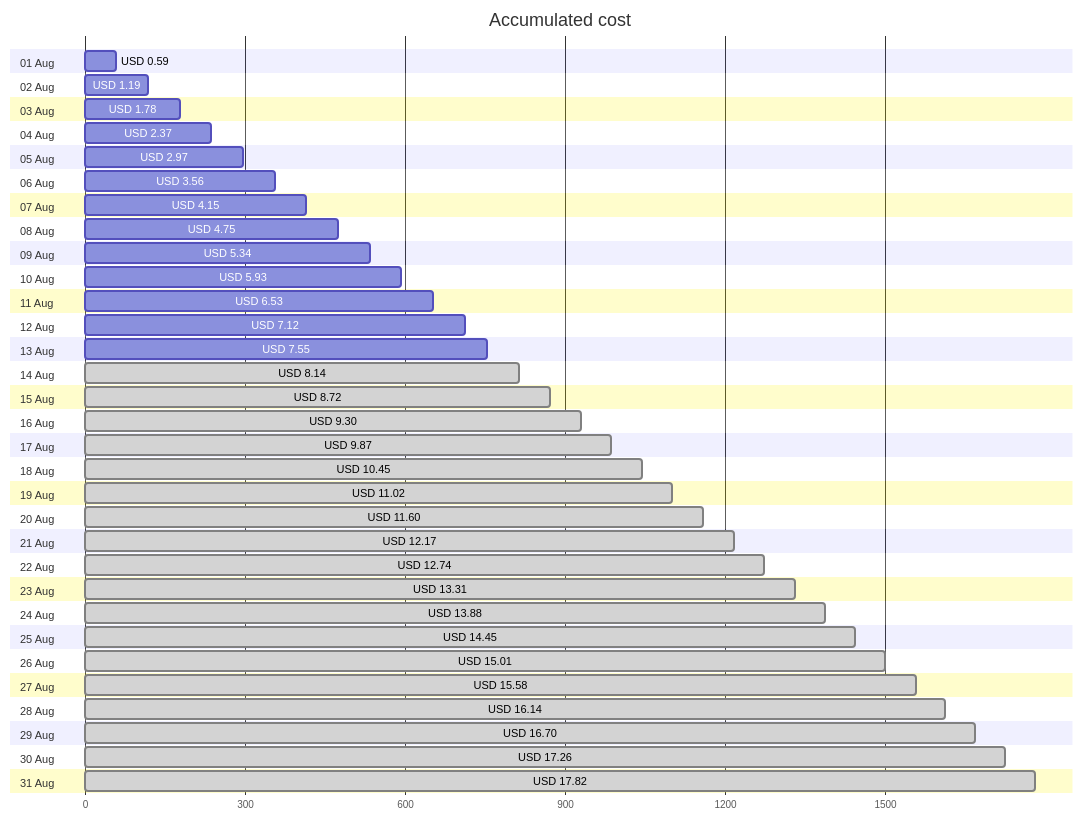
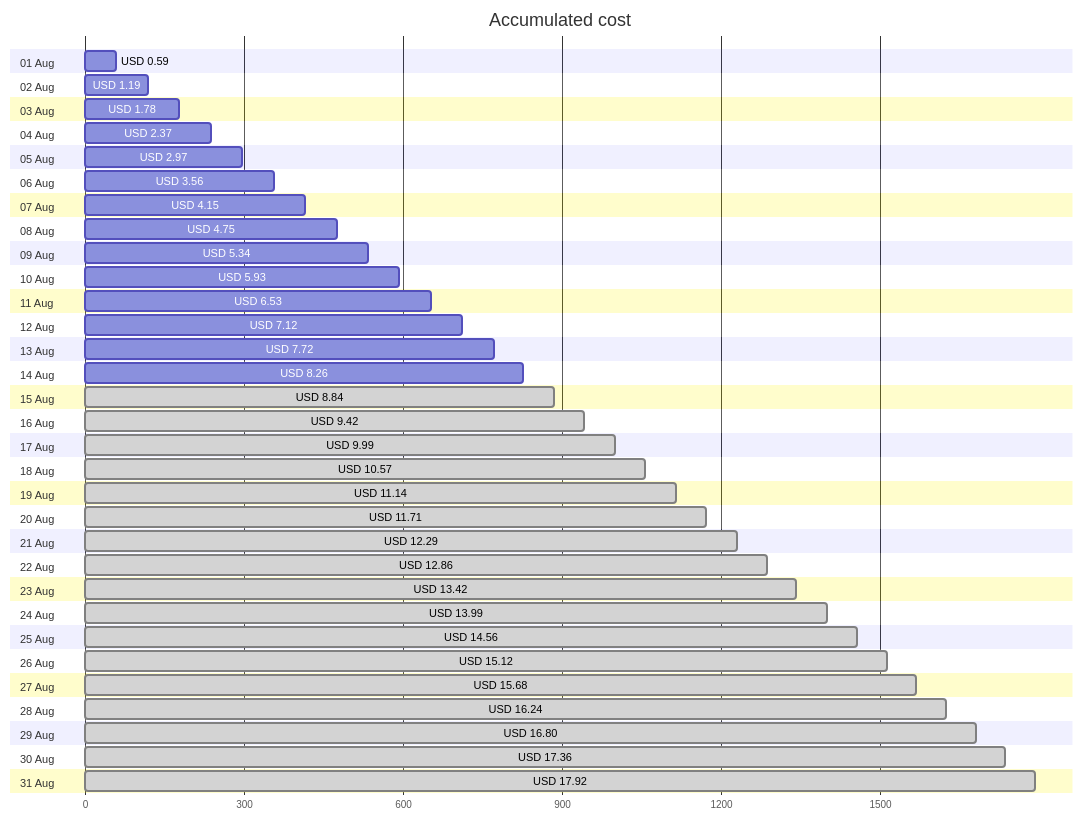
The first of 4 diagrams in cost-reports/personal-site/README.md (jpfulton/azure-personal-reports), drawn with Mermaid before and after one commit. The commit also changed other lines of this file and 6 other files, not shown here.

````diff
--- a/cost-reports/personal-site/README.md
+++ b/cost-reports/personal-site/README.md
@@ -20,68 +20,68 @@
 ```mermaid
 gantt
    title Accumulated cost
    dateFormat  X
    axisFormat %s
    section 01 Aug
    USD 0.59 :0, 59
    section 02 Aug
    USD 1.19 :0, 119
    section 03 Aug
    USD 1.78 :0, 178
    section 04 Aug
    USD 2.37 :0, 237
    section 05 Aug
    USD 2.97 :0, 297
    section 06 Aug
    USD 3.56 :0, 356
    section 07 Aug
    USD 4.15 :0, 415
    section 08 Aug
    USD 4.75 :0, 475
    section 09 Aug
    USD 5.34 :0, 534
    section 10 Aug
    USD 5.93 :0, 593
    section 11 Aug
    USD 6.53 :0, 653
    section 12 Aug
    USD 7.12 :0, 712
    section 13 Aug
-   USD 7.55 :0, 755
+   USD 7.72 :0, 772
    section 14 Aug
-   USD 8.14 : done, 0, 814
+   USD 8.26 :0, 826
    section 15 Aug
-   USD 8.72 : done, 0, 872
+   USD 8.84 : done, 0, 884
    section 16 Aug
-   USD 9.30 : done, 0, 930
+   USD 9.42 : done, 0, 942
    section 17 Aug
-   USD 9.87 : done, 0, 987
+   USD 9.99 : done, 0, 999
    section 18 Aug
-   USD 10.45 : done, 0, 1045
+   USD 10.57 : done, 0, 1057
    section 19 Aug
-   USD 11.02 : done, 0, 1102
+   USD 11.14 : done, 0, 1114
    section 20 Aug
-   USD 11.60 : done, 0, 1160
+   USD 11.71 : done, 0, 1171
    section 21 Aug
-   USD 12.17 : done, 0, 1217
+   USD 12.29 : done, 0, 1229
    section 22 Aug
-   USD 12.74 : done, 0, 1274
+   USD 12.86 : done, 0, 1286
    section 23 Aug
-   USD 13.31 : done, 0, 1331
+   USD 13.42 : done, 0, 1342
    section 24 Aug
-   USD 13.88 : done, 0, 1388
+   USD 13.99 : done, 0, 1399
    section 25 Aug
-   USD 14.45 : done, 0, 1445
+   USD 14.56 : done, 0, 1456
    section 26 Aug
-   USD 15.01 : done, 0, 1501
+   USD 15.12 : done, 0, 1512
    section 27 Aug
-   USD 15.58 : done, 0, 1558
+   USD 15.68 : done, 0, 1568
    section 28 Aug
-   USD 16.14 : done, 0, 1614
+   USD 16.24 : done, 0, 1624
    section 29 Aug
-   USD 16.70 : done, 0, 1670
+   USD 16.80 : done, 0, 1680
    section 30 Aug
-   USD 17.26 : done, 0, 1726
+   USD 17.36 : done, 0, 1736
    section 31 Aug
-   USD 17.82 : done, 0, 1782
+   USD 17.92 : done, 0, 1792
 ```
````
